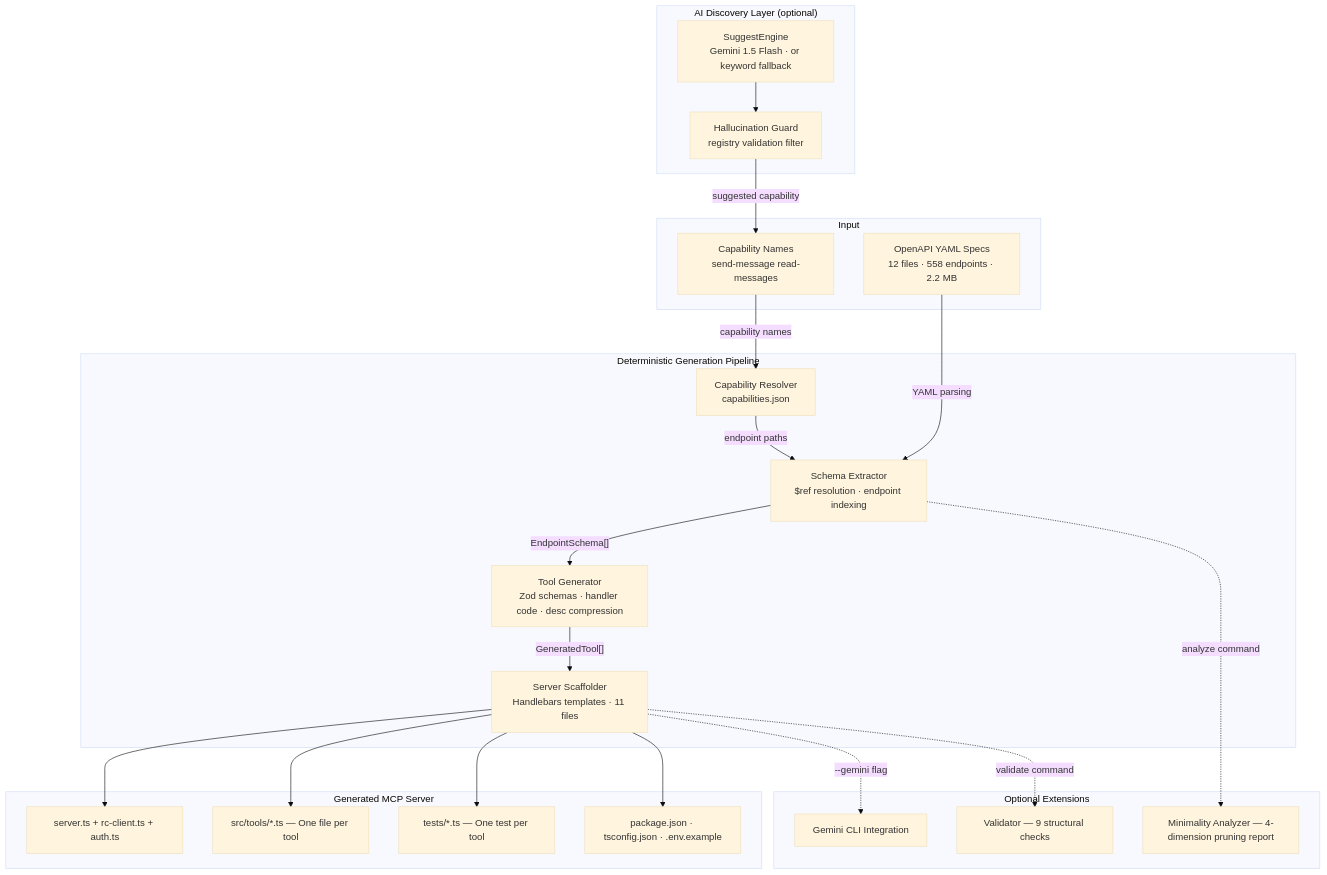
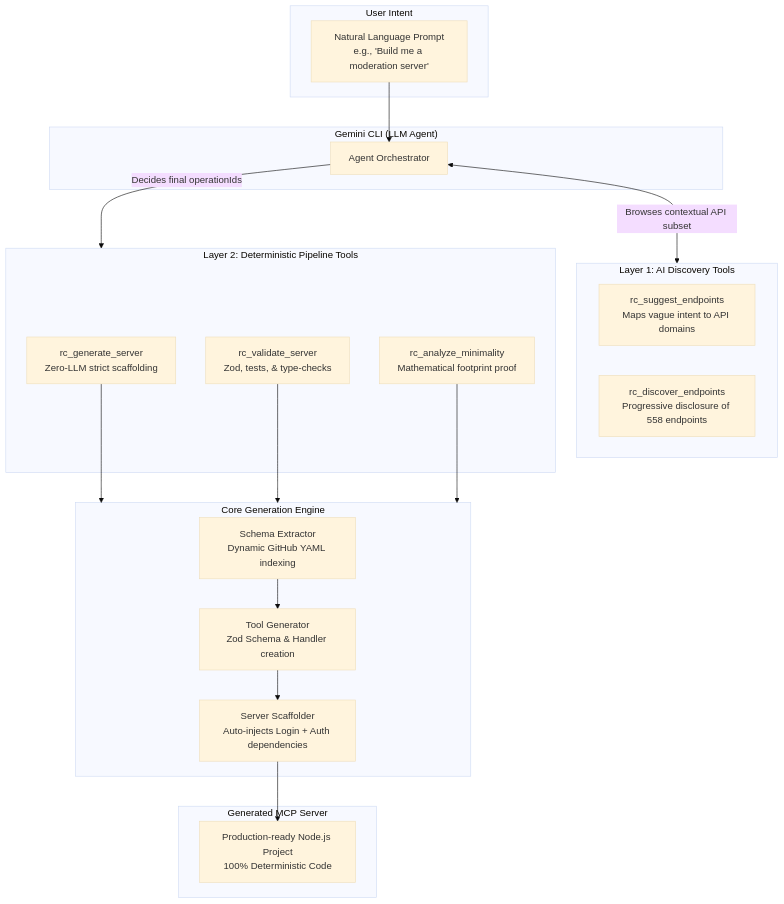
One commit to thekishandev/MCP-Server-Generator changed the diagram in README.md. Above: the diagram before and after it, drawn with Mermaid (base theme). The commit also changed other lines of this file and 137 other files, not shown here.

First line of the commit message:
feat(architecture): finalize dynamic MVP generator pipeline

````diff
--- a/README.md
+++ b/README.md
@@ -54,44 +57,42 @@
 ```mermaid
 flowchart TB
-    subgraph DISCOVERY["AI Discovery Layer (optional)"]
-        SU["SuggestEngine\nGemini 1.5 Flash · or keyword fallback"]
-        HG["Hallucination Guard\nregistry validation filter"]
-        SU --> HG
+    subgraph USER["User Intent"]
+        I["Natural Language Prompt\ne.g., 'Build me a moderation server'"]
     end
 
-    subgraph INPUT["Input"]
-        CAP["Capability Names\nsend-message read-messages"]
-        SPEC["OpenAPI YAML Specs\n12 files · 558 endpoints · 2.2 MB"]
+    subgraph AGENT["Gemini CLI (LLM Agent)"]
+        O["Agent Orchestrator"]
     end
 
-    subgraph PIPELINE["Deterministic Generation Pipeline"]
-        CR["Capability Resolver\ncapabilities.json"]
-        SE["Schema Extractor\n$ref resolution · endpoint indexing"]
-        TG["Tool Generator\nZod schemas · handler code · desc compression"]
-        SS["Server Scaffolder\nHandlebars templates · 11 files"]
+    subgraph DISCOVERY["Layer 1: AI Discovery Tools"]
+        S["rc_suggest_endpoints\nMaps vague intent to API domains"]
+        D["rc_discover_endpoints\nProgressive disclosure of 558 endpoints"]
+    end
+
+    subgraph PIPELINE["Layer 2: Deterministic Pipeline Tools"]
+        G["rc_generate_server\nZero-LLM strict scaffolding"]
+        V["rc_validate_server\nZod, tests, & type-checks"]
+        A["rc_analyze_minimality\nMathematical footprint proof"]
+    end
+
+    subgraph ENGINE["Core Generation Engine"]
+        SE["Schema Extractor\nDynamic GitHub YAML indexing"]
+        TG["Tool Generator\nZod Schema & Handler creation"]
+        SS["Server Scaffolder\nAuto-injects Login + Auth dependencies"]
     end
 
     subgraph OUTPUT["Generated MCP Server"]
-        SRV["server.ts + rc-client.ts + auth.ts"]
-        TOOLS["src/tools/*.ts — One file per tool"]
-        TESTS["tests/*.ts — One test per tool"]
-        CFG["package.json · tsconfig.json · .env.example"]
+        SRV["Production-ready Node.js Project\n100% Deterministic Code"]
     end
 
-    subgraph OPTIONAL["Optional Extensions"]
-        GEM["Gemini CLI Integration"]
-        ANA["Minimality Analyzer — 4-dimension pruning report"]
-        VAL["Validator — 9 structural checks"]
-    end
+    I --> O
+    O <-->|Browses contextual API subset| DISCOVERY
+    O -->|Decides final operationIds| PIPELINE
 
-    HG -->|"suggested capability"| CAP
-    CAP -->|"capability names"| CR
-    CR -->|"endpoint paths"| SE
-    SPEC -->|"YAML parsing"| SE
-    SE -->|"EndpointSchema[]"| TG
-    TG -->|"GeneratedTool[]"| SS
-    SS --> SRV & TOOLS & TESTS & CFG
-    SS -.->|"--gemini flag"| GEM
-    SE -.->|"analyze command"| ANA
-    SS -.->|"validate command"| VAL
+    G --> ENGINE
+    V --> ENGINE
+    A --> ENGINE
+
+    SE --> TG --> SS
+    SS --> SRV
 ```
````
